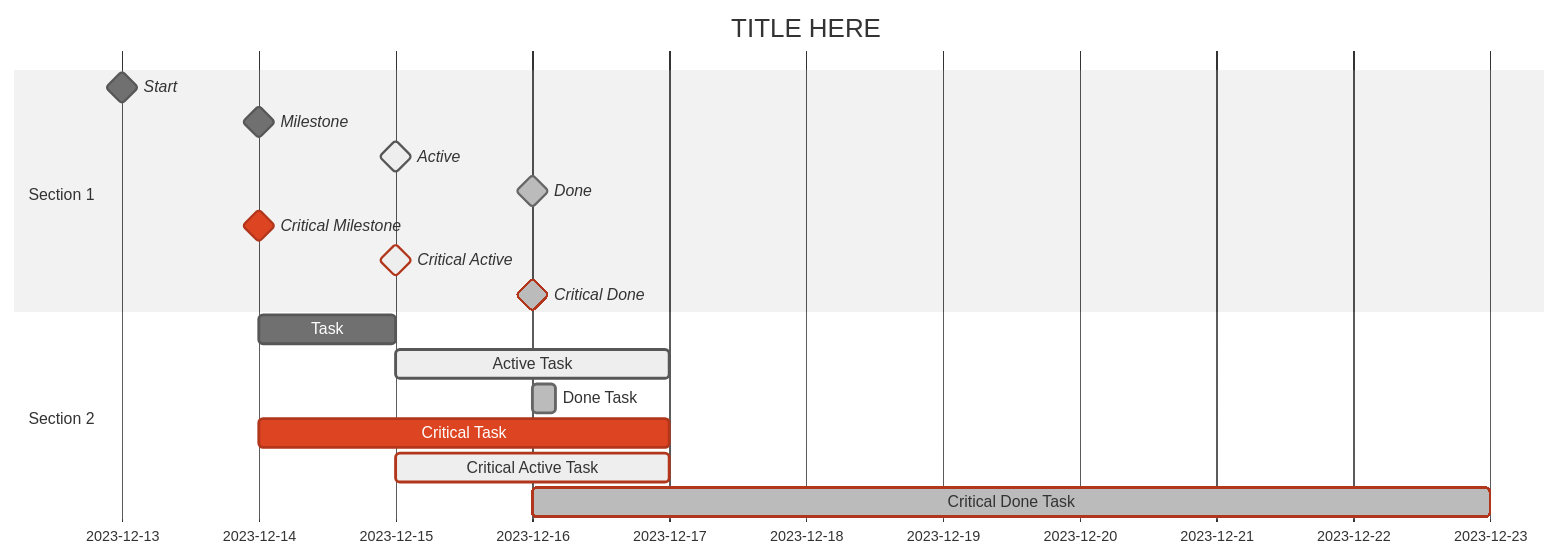
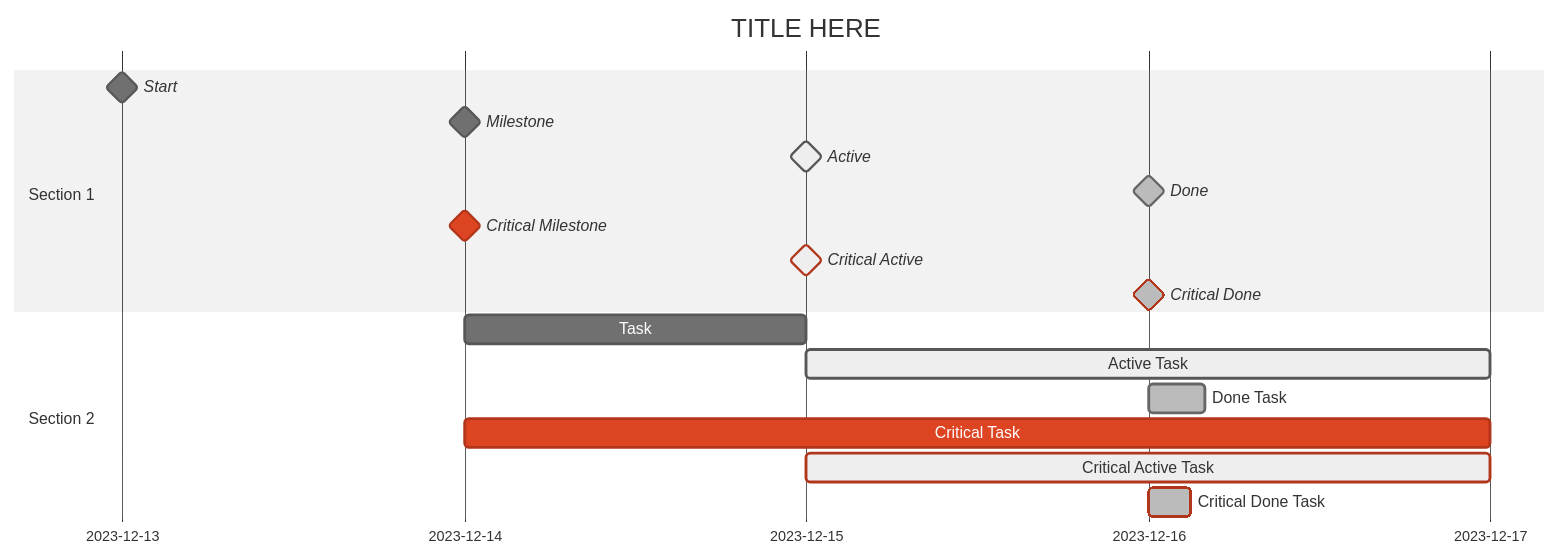
The diagram in docs/mermaid/gantt.md (SagarMhatre/DevHandbook), drawn with Mermaid (neutral theme) before and after one commit.

````diff
--- a/docs/mermaid/gantt.md
+++ b/docs/mermaid/gantt.md
@@ -1,26 +1,26 @@
 ```mermaid
 
 %% This is a comment
 gantt
     title TITLE HERE
     tickInterval 1day
     section Section 1
         Start : milestone, m0, 2023-12-13 00:00, 0
         Milestone : milestone, m10,  2023-12-14 00:00, 0
         Active : milestone, active, m11, 2023-12-15 00:00, 0
         Done : milestone, done, m12, 2023-12-16 00:00, 0
         Critical Milestone : milestone, crit, m20, 2023-12-14 00:00, 0
         Critical Active : milestone, crit, active, m21, 2023-12-15 00:00, 0
         Critical Done : milestone, crit, done, m22, 2023-12-16 00:00, 0
     section Section 2
         Task : t10, 2023-12-14 00:00, 1d
         Active Task:  active, t11, 2023-12-15 00:00, 2d
         Done Task:  done, t12, 2023-12-16 00:00, 4h 
-        % Can't read text
+        % Can't read text if long
         Critical Task :  crit, t20, 2023-12-14 00:00, 3d
         Critical Active Task:  crit, active, t21, 2023-12-15 00:00, 2d
-        Critical Done Task:  crit, done, t22, 2023-12-16 00:00, 1w
-        % Can't read text
+        Critical Done Task:  crit, done, t22, 2023-12-16 00:00, 3h
+        % Can't read text if long
 
 
 ```
````
